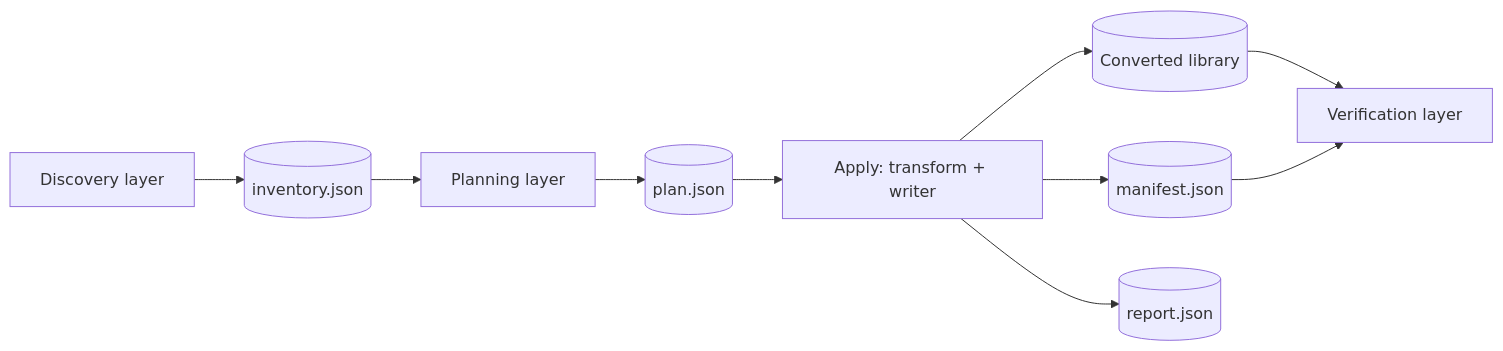
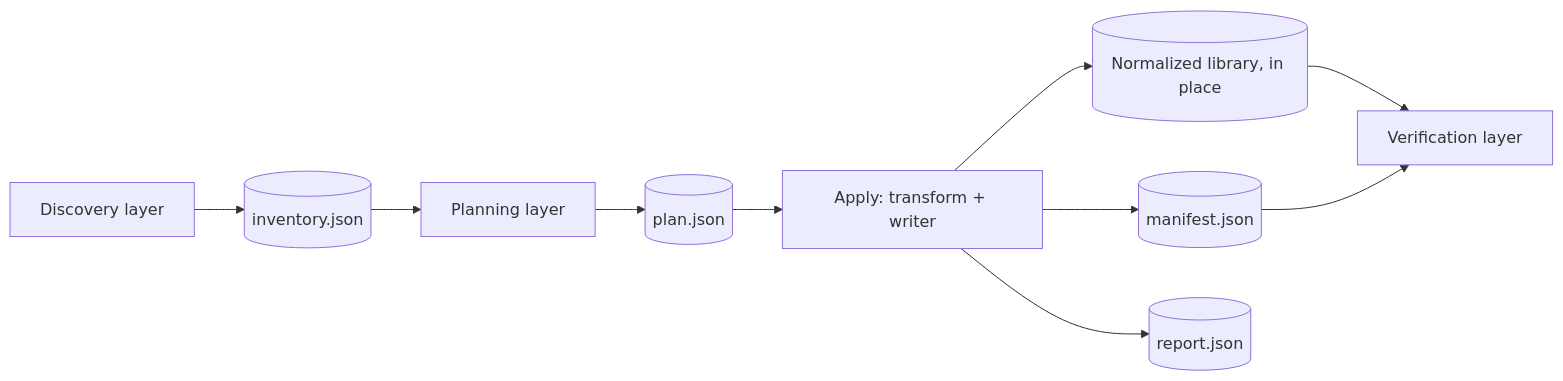
The second of 4 diagrams in docs/specs/docmend.md (chrisdpurcell/docmend), drawn with Mermaid before and after one commit. The commit also changed other lines of this file and 5 other files, not shown here.

````diff
--- a/docs/specs/docmend.md
+++ b/docs/specs/docmend.md
@@ -320,12 +329,12 @@
 ```mermaid
 flowchart LR
     Scan[Discovery layer] --> Inv[(inventory.json)]
     Inv --> Plan[Planning layer]
     Plan --> PlanFile[(plan.json)]
     PlanFile --> Apply[Apply: transform + writer]
-    Apply --> Out[(Converted library)]
+    Apply --> Out[(Normalized library, in place)]
     Apply --> Manifest[(manifest.json)]
     Apply --> Report[(report.json)]
     Out --> Verify[Verification layer]
     Manifest --> Verify
 ```
````
